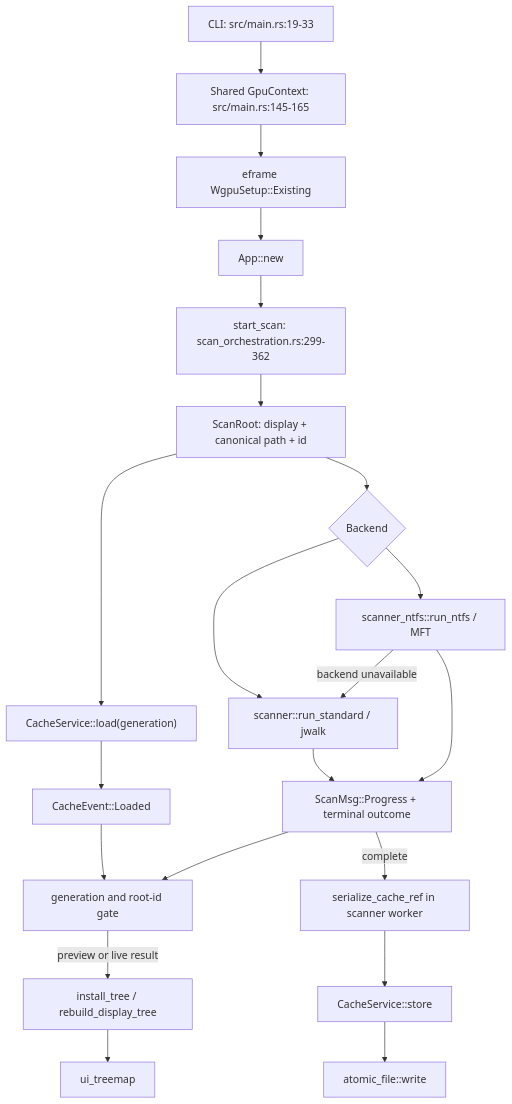
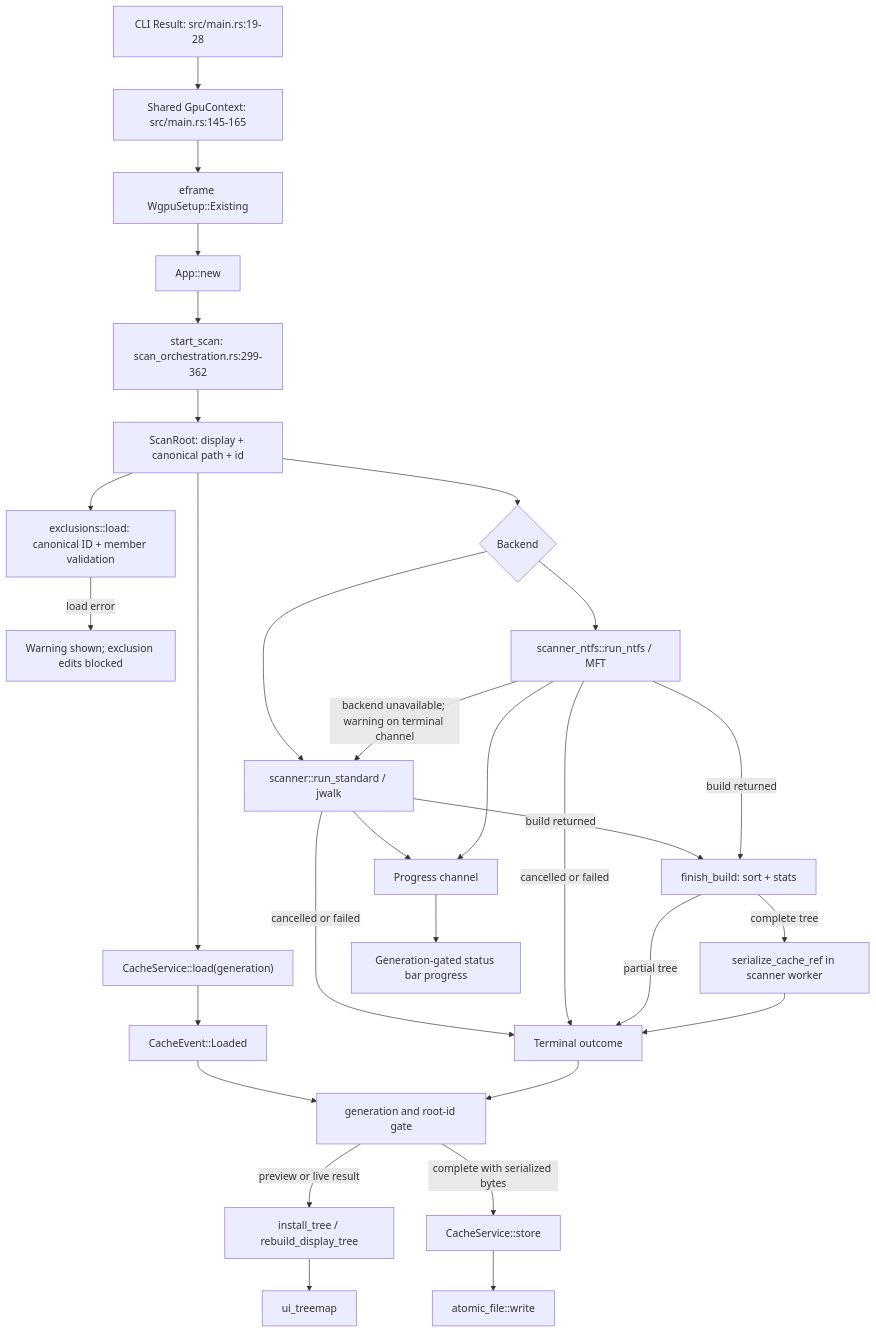
The first of 7 diagrams in DIAGRAMS.md (ssoj13/squarebob-rs), drawn with Mermaid before and after one commit. The commit also changed other lines of this file and 26 other files, not shown here.

Commit message:
Unify scan identity, render state, CLI validation and image export

````diff
--- a/DIAGRAMS.md
+++ b/DIAGRAMS.md
@@ -7,23 +7,32 @@
 ```mermaid
 flowchart TD
-    CLI["CLI: src/main.rs:19-33"] --> GPU["Shared GpuContext: src/main.rs:145-165"]
+    CLI["CLI Result: src/main.rs:19-28"] --> GPU["Shared GpuContext: src/main.rs:145-165"]
     GPU --> Eframe["eframe WgpuSetup::Existing"]
     Eframe --> App["App::new"]
     App --> Start["start_scan: scan_orchestration.rs:299-362"]
     Start --> Root["ScanRoot: display + canonical path + id"]
+    Root --> Exclusions["exclusions::load: canonical ID + member validation"]
+    Exclusions -->|load error| Warning["Warning shown; exclusion edits blocked"]
     Root --> CacheCmd["CacheService::load(generation)"]
     Root --> Select{"Backend"}
     Select --> Standard["scanner::run_standard / jwalk"]
     Select --> NTFS["scanner_ntfs::run_ntfs / MFT"]
-    NTFS -->|backend unavailable| Standard
-    Standard --> Terminal["ScanMsg::Progress + terminal outcome"]
-    NTFS --> Terminal
+    NTFS -->|backend unavailable; warning on terminal channel| Standard
+    Standard -->|build returned| Build["finish_build: sort + stats"]
+    NTFS -->|build returned| Build
+    Standard -->|cancelled or failed| Terminal["Terminal outcome"]
+    NTFS -->|cancelled or failed| Terminal
+    Build -->|complete tree| Serialize["serialize_cache_ref in scanner worker"]
+    Build -->|partial tree| Terminal
+    Serialize --> Terminal
+    Standard --> Progress["Progress channel"]
+    NTFS --> Progress
     CacheCmd --> CacheEvent["CacheEvent::Loaded"]
     CacheEvent --> Gate["generation and root-id gate"]
+    Progress --> UIStatus["Generation-gated status bar progress"]
     Terminal --> Gate
     Gate -->|preview or live result| Install["install_tree / rebuild_display_tree"]
-    Terminal -->|complete| Serialize["serialize_cache_ref in scanner worker"]
-    Serialize --> Store["CacheService::store"]
+    Gate -->|complete with serialized bytes| Store["CacheService::store"]
     Store --> Atomic["atomic_file::write"]
     Install --> UI["ui_treemap"]
 ```
````
